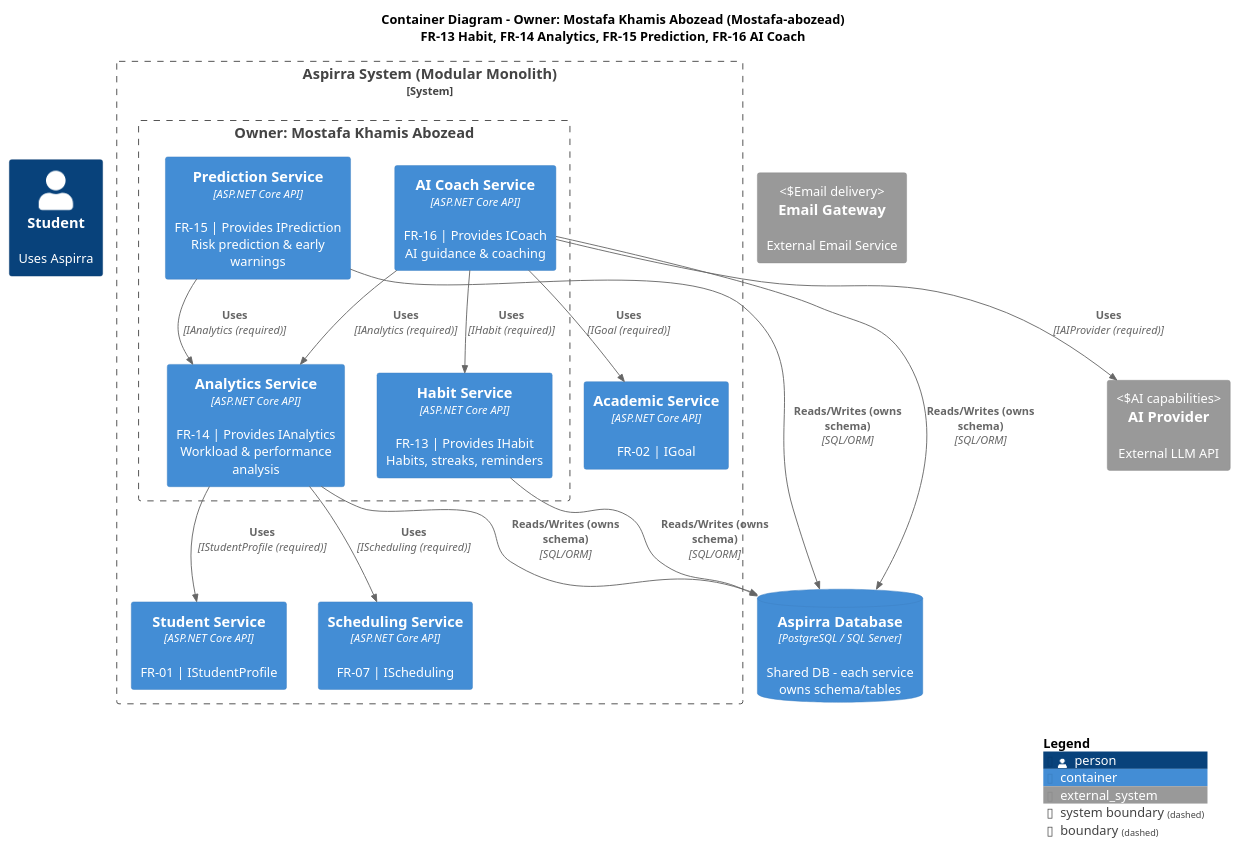
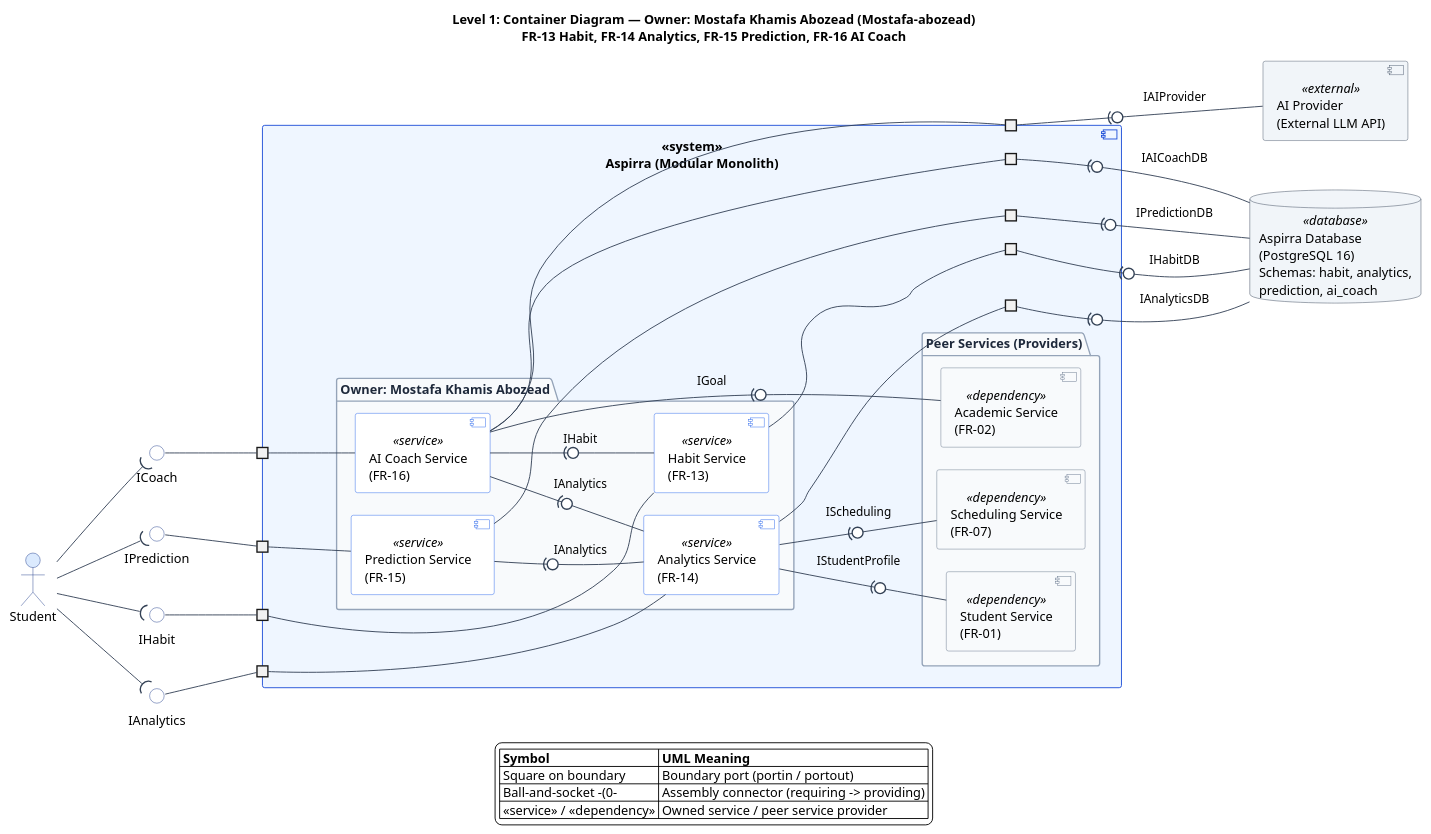
Before and after one commit to AIU-SoftWave/Aspirra: the diagram in docs/PM1/Part A — Design/Container Diagrams/split/Container-Diagram-Mostafa.puml, drawn with PlantUML. The commit also changed 66 other files, not shown here.

Commit message:
Update PM1 architecture diagrams to UML 2.x notation and add diagram skill

```diff
--- a/docs/PM1/Part A — Design/Container Diagrams/split/Container-Diagram-Mostafa.puml
+++ b/docs/PM1/Part A — Design/Container Diagrams/split/Container-Diagram-Mostafa.puml
@@ -1,42 +1,121 @@
-@startuml Aspirra-Container-Diagram-Mostafa
-!include https://raw.githubusercontent.com/plantuml-stdlib/C4-PlantUML/master/C4_Container.puml
-
-LAYOUT_WITH_LEGEND()
-
-title Container Diagram - Owner: Mostafa Khamis Abozead (Mostafa-abozead)\nFR-13 Habit, FR-14 Analytics, FR-15 Prediction, FR-16 AI Coach
-
-Person(student, "Student", "Uses Aspirra")
-
-System_Boundary(aspirra, "Aspirra System (Modular Monolith)") {
-  Boundary(mostafa, "Owner: Mostafa Khamis Abozead") {
-    Container(habitSvc, "Habit Service", "ASP.NET Core API", "FR-13 | Provides IHabit\nHabits, streaks, reminders")
-    Container(analyticsSvc, "Analytics Service", "ASP.NET Core API", "FR-14 | Provides IAnalytics\nWorkload & performance analysis")
-    Container(predictionSvc, "Prediction Service", "ASP.NET Core API", "FR-15 | Provides IPrediction\nRisk prediction & early warnings")
-    Container(aiCoachSvc, "AI Coach Service", "ASP.NET Core API", "FR-16 | Provides ICoach\nAI guidance & coaching")
-  }
-  
-  Container(academicSvc, "Academic Service", "ASP.NET Core API", "FR-02 | IGoal")
-  Container(studentSvc, "Student Service", "ASP.NET Core API", "FR-01 | IStudentProfile")
-  Container(schedulingSvc, "Scheduling Service", "ASP.NET Core API", "FR-07 | IScheduling")
+@startuml Container-Diagram-Mostafa
+left to right direction
+skinparam componentStyle uml2
+skinparam shadowing false
+skinparam defaultFontName Segoe UI
+skinparam backgroundColor #FFFFFF
+skinparam ArrowColor #334155
+skinparam nodesep 25
+skinparam ranksep 65
+skinparam port {
+  BackgroundColor #FFFFFF
+  BorderColor #1E3A8A
+}
+skinparam actor {
+  BackgroundColor #DBEAFE
+  BorderColor #1E3A8A
+}
+skinparam package {
+  BackgroundColor #F8FAFC
+  BorderColor #94A3B8
+  FontColor #1E293B
+}
+skinparam component {
+  BackgroundColor #EFF6FF
+  BorderColor #1D4ED8
+  BackgroundColor<<service>> #FFFFFF
+  BorderColor<<service>> #2563EB
+  BackgroundColor<<dependency>> #F8FAFC
+  BorderColor<<dependency>> #64748B
+  BackgroundColor<<external>> #F1F5F9
+  BorderColor<<external>> #475569
+}
+skinparam interface {
+  BackgroundColor #FFFFFF
+  BorderColor #1E3A8A
+}
+skinparam database {
+  BackgroundColor #F1F5F9
+  BorderColor #334155
 }
 
-System_Ext(aiProvider, "AI Provider", "External LLM API", "AI capabilities")
-System_Ext(emailGateway, "Email Gateway", "External Email Service", "Email delivery")
-ContainerDb(sharedDb, "Aspirra Database", "PostgreSQL / SQL Server", "Shared DB - each service owns schema/tables")
+title Level 1: Container Diagram — Owner: Mostafa Khamis Abozead (Mostafa-abozead)\nFR-13 Habit, FR-14 Analytics, FR-15 Prediction, FR-16 AI Coach
 
-Rel(analyticsSvc, studentSvc, "Uses", "IStudentProfile (required)")
-Rel(analyticsSvc, schedulingSvc, "Uses", "IScheduling (required)")
-Rel(predictionSvc, analyticsSvc, "Uses", "IAnalytics (required)")
-Rel(aiCoachSvc, academicSvc, "Uses", "IGoal (required)")
-Rel(aiCoachSvc, habitSvc, "Uses", "IHabit (required)")
-Rel(aiCoachSvc, analyticsSvc, "Uses", "IAnalytics (required)")
-Rel(aiCoachSvc, aiProvider, "Uses", "IAIProvider (required)")
+actor "Student" as student
 
-Rel(habitSvc, sharedDb, "Reads/Writes (owns schema)", "SQL/ORM")
-Rel(analyticsSvc, sharedDb, "Reads/Writes (owns schema)", "SQL/ORM")
-Rel(predictionSvc, sharedDb, "Reads/Writes (owns schema)", "SQL/ORM")
-Rel(aiCoachSvc, sharedDb, "Reads/Writes (owns schema)", "SQL/ORM")
+interface "IHabit" as ext_ihabit
+interface "IAnalytics" as ext_ianalytics
+interface "IPrediction" as ext_ipred
+interface "ICoach" as ext_icoach
 
-SHOW_LEGEND()
+component "<<system>>\nAspirra (Modular Monolith)" as aspirra {
+  portin " " as p_habit
+  portin " " as p_analytics
+  portin " " as p_pred
+  portin " " as p_coach
 
+  portout " " as p_ai
+  portout " " as p_db_habit
+  portout " " as p_db_analytics
+  portout " " as p_db_pred
+  portout " " as p_db_coach
+
+  package "Owner: Mostafa Khamis Abozead" {
+    component "Habit Service\n(FR-13)" as habitSvc <<service>>
+    component "Analytics Service\n(FR-14)" as analyticsSvc <<service>>
+    component "Prediction Service\n(FR-15)" as predictionSvc <<service>>
+    component "AI Coach Service\n(FR-16)" as aiCoachSvc <<service>>
+  }
+
+  package "Peer Services (Providers)" {
+    component "Student Service\n(FR-01)" as studentSvc <<dependency>>
+    component "Academic Service\n(FR-02)" as academicSvc <<dependency>>
+    component "Scheduling Service\n(FR-07)" as schedulingSvc <<dependency>>
+  }
+
+  p_habit -- habitSvc
+  p_analytics -- analyticsSvc
+  p_pred -- predictionSvc
+  p_coach -- aiCoachSvc
+
+  analyticsSvc -(0- studentSvc : IStudentProfile
+  analyticsSvc -(0- schedulingSvc : IScheduling
+  predictionSvc -(0- analyticsSvc : IAnalytics
+  aiCoachSvc -(0- academicSvc : IGoal
+  aiCoachSvc -(0- habitSvc : IHabit
+  aiCoachSvc -(0- analyticsSvc : IAnalytics
+
+  aiCoachSvc -- p_ai
+
+  habitSvc -- p_db_habit
+  analyticsSvc -- p_db_analytics
+  predictionSvc -- p_db_pred
+  aiCoachSvc -- p_db_coach
+}
+
+component "AI Provider\n(External LLM API)" as aiProvider <<external>>
+database "Aspirra Database\n(PostgreSQL 16)\nSchemas: habit, analytics,\nprediction, ai_coach" as sharedDb <<database>>
+
+ext_ihabit -- p_habit
+ext_ianalytics -- p_analytics
+ext_ipred -- p_pred
+ext_icoach -- p_coach
+
+student --( ext_ihabit
+student --( ext_ianalytics
+student --( ext_ipred
+student --( ext_icoach
+
+p_ai -(0- aiProvider : IAIProvider
+p_db_habit -(0- sharedDb : IHabitDB
+p_db_analytics -(0- sharedDb : IAnalyticsDB
+p_db_pred -(0- sharedDb : IPredictionDB
+p_db_coach -(0- sharedDb : IAICoachDB
+
+legend bottom
+  |= Symbol |= UML Meaning |
+  | Square on boundary | Boundary port (portin / portout) |
+  | Ball-and-socket -(0- | Assembly connector (requiring -> providing) |
+  | <<service>> / <<dependency>> | Owned service / peer service provider |
+endlegend
 @enduml
```
